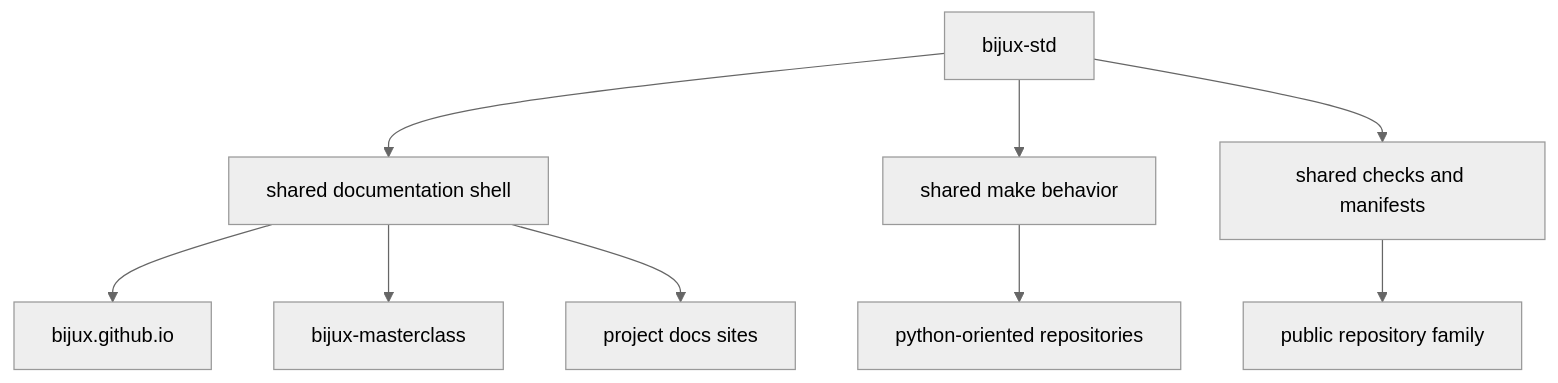
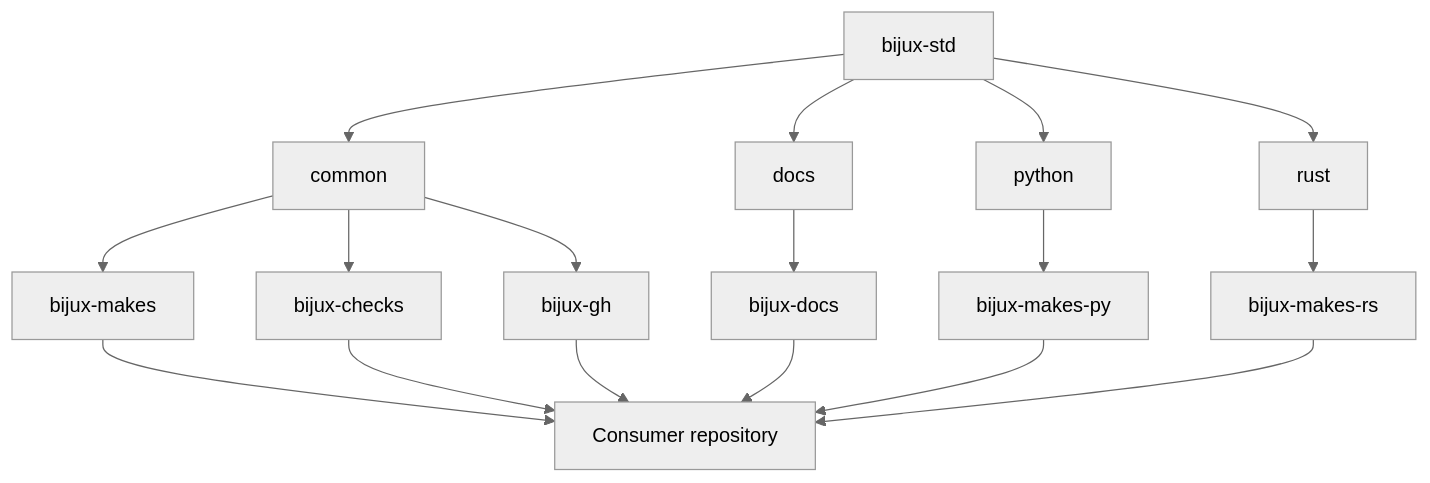
The diagram in docs/03-bijux-std/shared-surfaces/index.md (bijux/bijux.github.io), drawn with Mermaid (neutral theme) before and after one commit. The commit also changed other lines of this file and 2 other files, not shown here.

````diff
--- a/docs/03-bijux-std/shared-surfaces/index.md
+++ b/docs/03-bijux-std/shared-surfaces/index.md
@@ -17,13 +18,21 @@
 ```mermaid
-graph TD
-    std["bijux-std"] --> shell["shared documentation shell"]
-    std --> makes["shared make behavior"]
-    std --> checks["shared checks and manifests"]
+flowchart TD
+    std["bijux-std"] --> common["common"]
+    std --> docs["docs"]
+    std --> python["python"]
+    std --> rust["rust"]
 
-    shell --> hub["bijux.github.io"]
-    shell --> masterclass["bijux-masterclass"]
-    shell --> projectdocs["project docs sites"]
+    common --> makes["bijux-makes"]
+    common --> checks["bijux-checks"]
+    common --> gh["bijux-gh"]
+    docs --> docs_pkg["bijux-docs"]
+    python --> py["bijux-makes-py"]
+    rust --> rs["bijux-makes-rs"]
 
-    makes --> python["python-oriented repositories"]
-    checks --> family["public repository family"]
+    makes --> consumer["Consumer repository"]
+    checks --> consumer
+    gh --> consumer
+    docs_pkg --> consumer
+    py --> consumer
+    rs --> consumer
 ```
````
